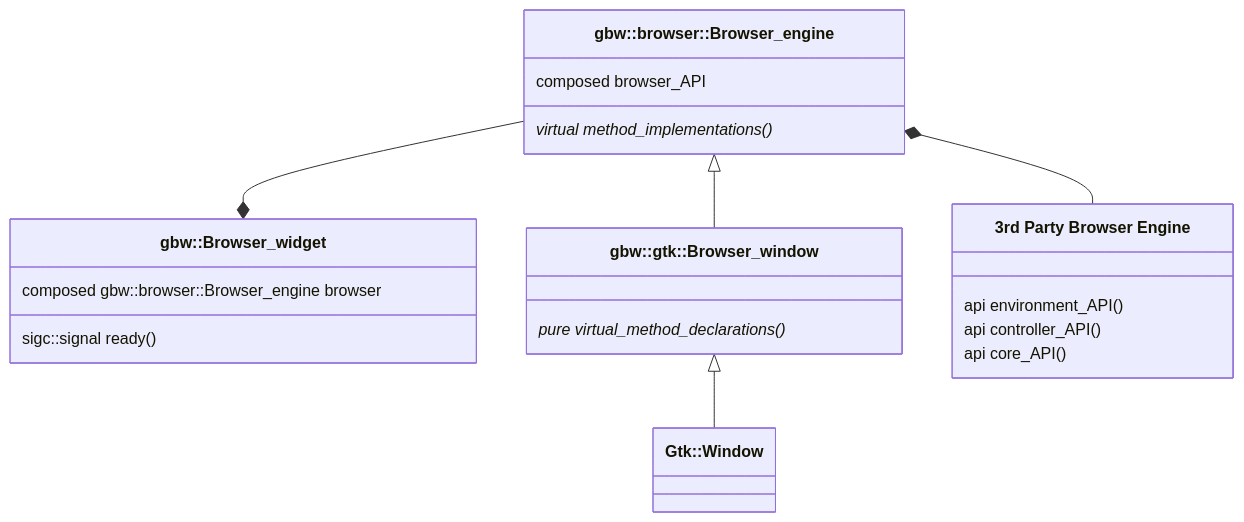
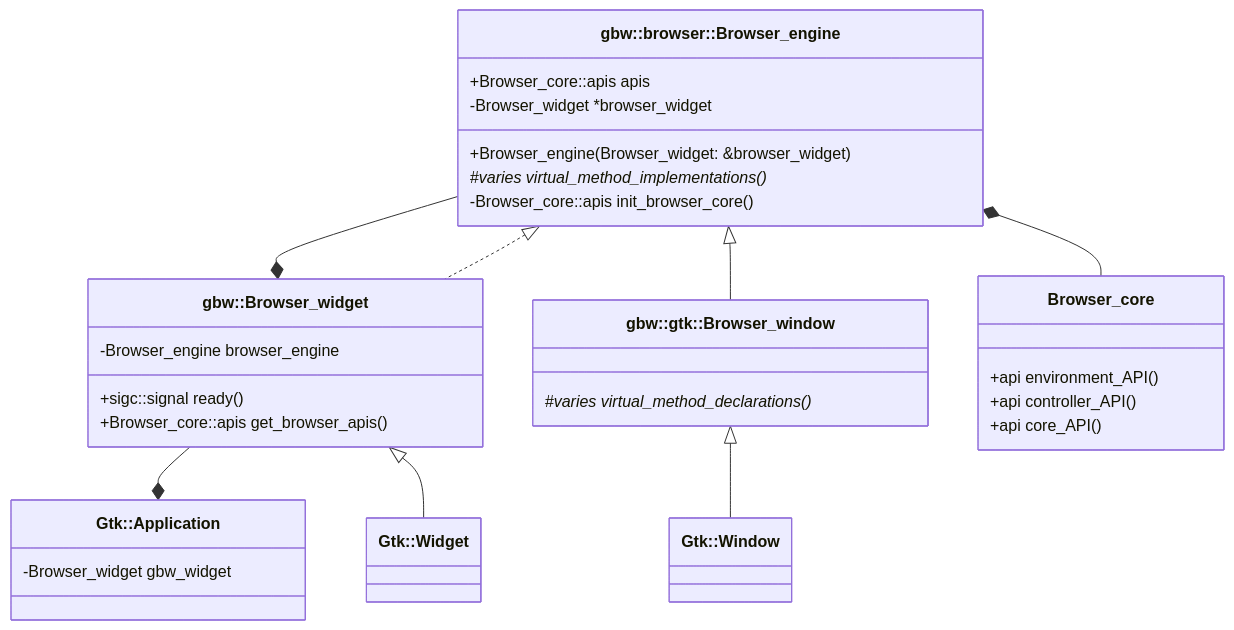
The diagram in include/gtk/README.md (citkane/gtk-browser-widget), drawn with Mermaid before and after one commit.

Commit message:
Update Class hiearchy diagram

````diff
--- a/include/gtk/README.md
+++ b/include/gtk/README.md
@@ -14,24 +14,40 @@
 ```mermaid
-classDiagram
-    class Browser_widget["gbw::Browser_widget"] {
-      composed gbw::browser::Browser_engine browser
-      sigc::signal ready()
+classDiagram-v2
+    class Browser_widget["gbw::Browser_widget"]{
+        -Browser_engine browser_engine
+        +sigc::signal ready()
+        +Browser_core::apis get_browser_apis()
     }
+
+    class Browser_window["gbw::gtk::Browser_window"]{
+      #varies virtual_method_declarations()*
+    }
+ 
     class Browser_engine["gbw::browser::Browser_engine"]{
-      composed browser_API
-      virtual method_implementations()*
+        +Browser_engine(Browser_widget: &browser_widget)
+        +Browser_core::apis apis
+        -Browser_widget *browser_widget
+        #varies virtual_method_implementations()*
+        -Browser_core::apis init_browser_core()
+        
     }
-    class Browser_window["gbw::gtk::Browser_window"]{
-      pure virtual_method_declarations()*
-    }    
+   
     class Window["Gtk::Window"]
-    class Browser["3rd Party Browser Engine"] {
-      api environment_API()
-      api controller_API()
-      api core_API()
+    class Widget["Gtk::Widget"]
+    class Application["Gtk::Application"]{
+        -Browser_widget gbw_widget
     }
-    Browser_engine *-- Browser
+    class Browser_core {
+      +api environment_API()
+      +api controller_API()
+      +api core_API()
+    }
+
+    Browser_engine *-- Browser_core
     Browser_engine --* Browser_widget
+    Browser_widget --* Application
     Browser_engine <|-- Browser_window
     Browser_window <|-- Window
+    Browser_widget <|-- Widget
+    Browser_engine <|.. Browser_widget
 ```
````
